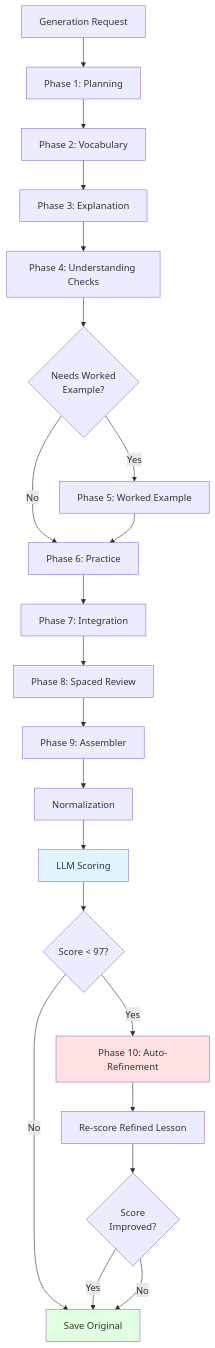
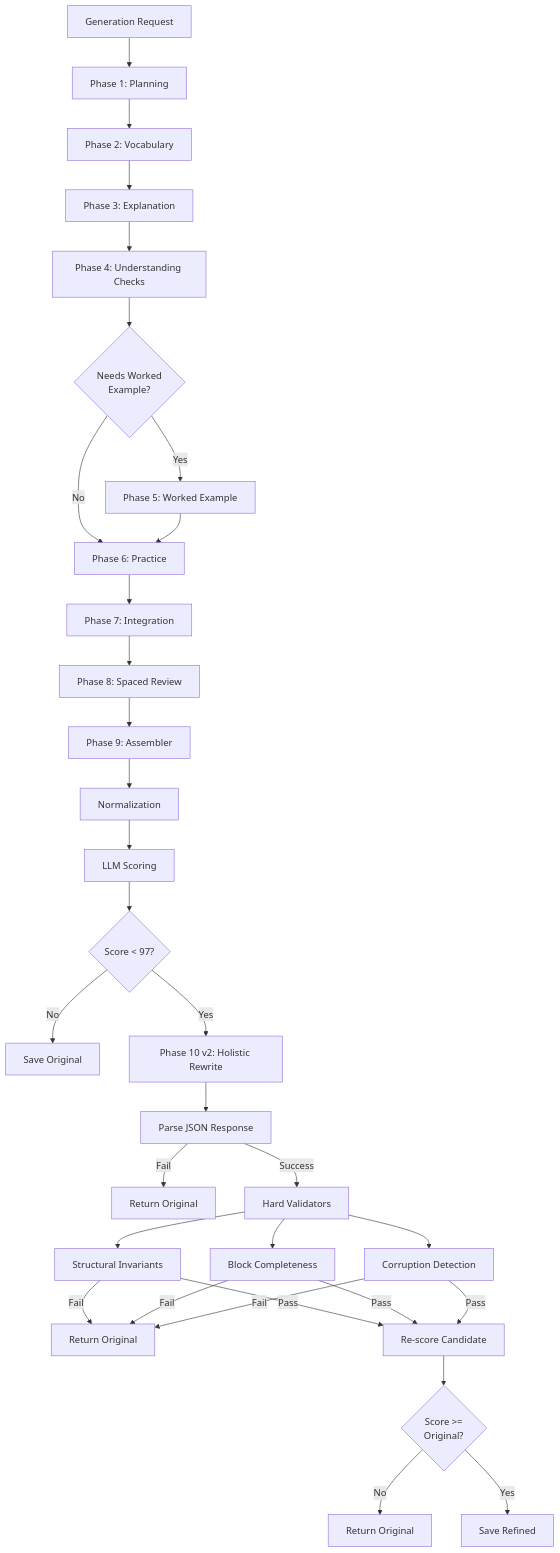
Before and after one commit to Carpentersbug41/cg2365-electrical-quiz: the diagram in quiz-app/reports/improvements/description_app.md, drawn with Mermaid. The commit also changed other lines of this file and 13 other files, not shown here.

````diff
--- a/quiz-app/reports/improvements/description_app.md
+++ b/quiz-app/reports/improvements/description_app.md
@@ -42,27 +42,38 @@
 ```mermaid
 flowchart TD
     Start[Generation Request] --> Phase1[Phase 1: Planning]
     Phase1 --> Phase2[Phase 2: Vocabulary]
     Phase2 --> Phase3[Phase 3: Explanation]
     Phase3 --> Phase4[Phase 4: Understanding Checks]
     Phase4 --> Phase5{Needs Worked<br/>Example?}
     Phase5 -->|Yes| Phase5a[Phase 5: Worked Example]
     Phase5 -->|No| Phase6
     Phase5a --> Phase6[Phase 6: Practice]
     Phase6 --> Phase7[Phase 7: Integration]
     Phase7 --> Phase8[Phase 8: Spaced Review]
     Phase8 --> Phase9[Phase 9: Assembler]
     Phase9 --> Normalize[Normalization]
     Normalize --> Score[LLM Scoring]
     Score --> Check{Score < 97?}
-    Check -->|Yes| Phase10[Phase 10: Auto-Refinement]
-    Check -->|No| Save[Save Lesson]
-    Phase10 --> Rescore[Re-score Refined Lesson]
-    Rescore --> Better{Score<br/>Improved?}
-    Better -->|Yes| Save
-    Better -->|No| Save[Save Original]
+    Check -->|No| SaveOriginal[Save Original]
+    Check -->|Yes| Phase10[Phase 10 v2: Holistic Rewrite]
     
-    style Phase10 fill:#ffe1e1
-    style Score fill:#e1f5ff
-    style Save fill:#e1ffe1
+    Phase10 --> Parse[Parse JSON Response]
+    Parse -->|Fail| RejectParse[Return Original]
+    Parse -->|Success| Validators[Hard Validators]
+    
+    Validators --> V1[Structural Invariants]
+    Validators --> V2[Block Completeness]
+    Validators --> V3[Corruption Detection]
+    
+    V1 -->|Fail| RejectVal[Return Original]
+    V2 -->|Fail| RejectVal
+    V3 -->|Fail| RejectVal
+    V1 -->|Pass| Rescore
+    V2 -->|Pass| Rescore
+    V3 -->|Pass| Rescore
+    
+    Rescore[Re-score Candidate] --> ScoreGate{Score >=<br/>Original?}
+    ScoreGate -->|No| RejectScore[Return Original]
+    ScoreGate -->|Yes| SaveRefined[Save Refined]
 ```
````
